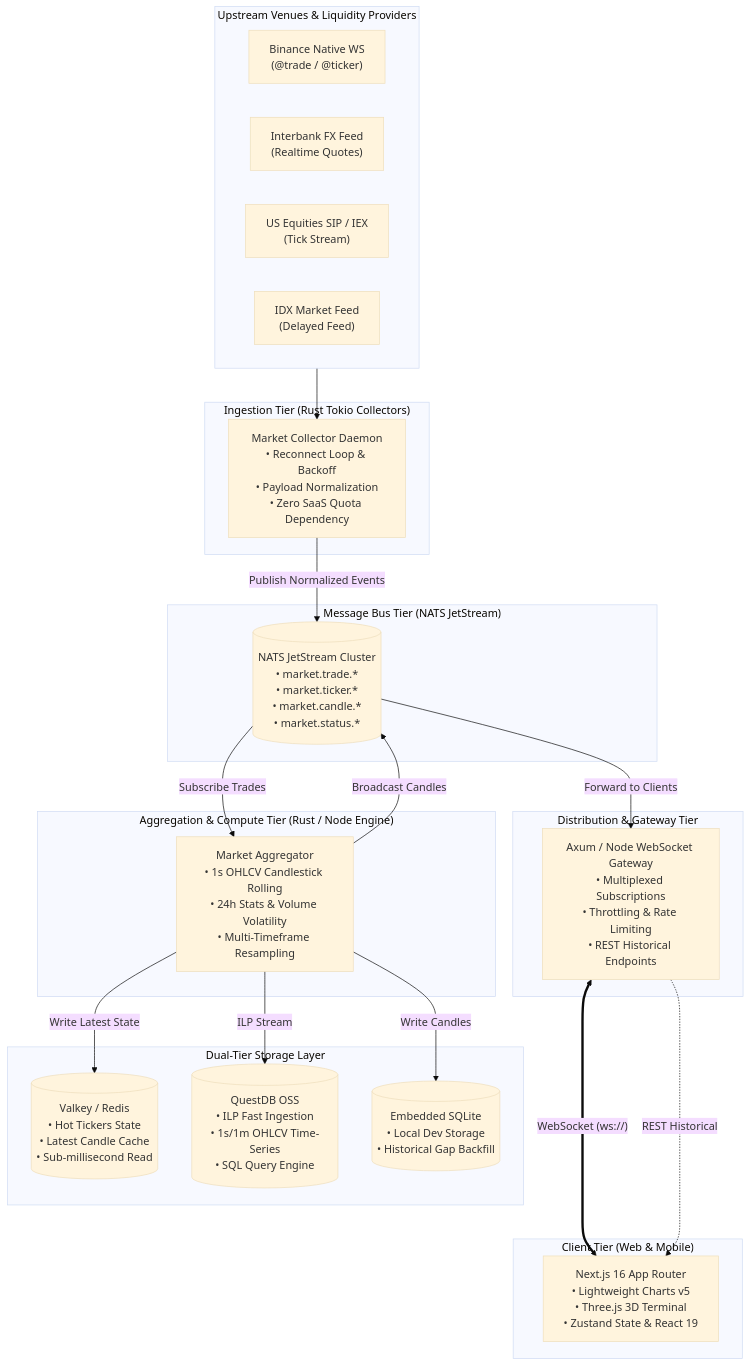
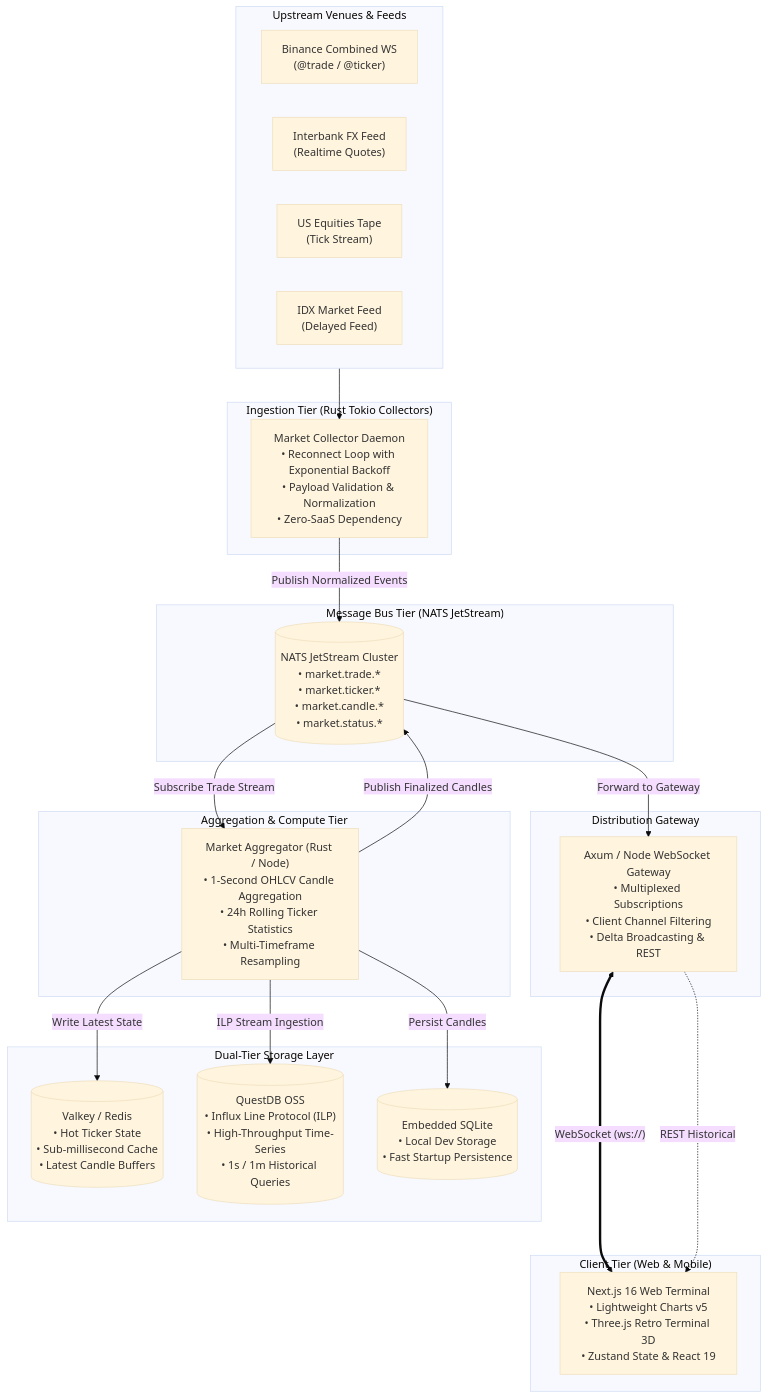
Before and after one commit to jati251/gorengan-index: the diagram in README.md, drawn with Mermaid (base theme). The commit also changed other lines of this file and 1 other file, not shown here.

Commit message:
docs: overhaul README with architecture diagrams and remove legacy mock parody data

````diff
--- a/README.md
+++ b/README.md
@@ -136,46 +146,46 @@
 ```mermaid
 flowchart TD
-    subgraph Upstream["Upstream Venues & Liquidity Providers"]
-        B_WS["Binance Native WS\n(@trade / @ticker)"]
+    subgraph Upstream["Upstream Venues & Feeds"]
+        B_WS["Binance Combined WS\n(@trade / @ticker)"]
         FX_WS["Interbank FX Feed\n(Realtime Quotes)"]
-        US_TAPE["US Equities SIP / IEX\n(Tick Stream)"]
+        US_TAPE["US Equities Tape\n(Tick Stream)"]
         IDX_TAPE["IDX Market Feed\n(Delayed Feed)"]
     end
 
     subgraph Ingestion["Ingestion Tier (Rust Tokio Collectors)"]
-        COL["Market Collector Daemon\n• Reconnect Loop & Backoff\n• Payload Normalization\n• Zero SaaS Quota Dependency"]
+        COL["Market Collector Daemon\n• Reconnect Loop with Exponential Backoff\n• Payload Validation & Normalization\n• Zero-SaaS Dependency"]
     end
 
     subgraph Bus["Message Bus Tier (NATS JetStream)"]
         NATS[("NATS JetStream Cluster\n• market.trade.* \n• market.ticker.* \n• market.candle.* \n• market.status.*")]
     end
 
-    subgraph Processing["Aggregation & Compute Tier (Rust / Node Engine)"]
-        AGG["Market Aggregator\n• 1s OHLCV Candlestick Rolling\n• 24h Stats & Volume Volatility\n• Multi-Timeframe Resampling"]
+    subgraph Processing["Aggregation & Compute Tier"]
+        AGG["Market Aggregator (Rust / Node)\n• 1-Second OHLCV Candle Aggregation\n• 24h Rolling Ticker Statistics\n• Multi-Timeframe Resampling"]
     end
 
     subgraph Storage["Dual-Tier Storage Layer"]
-        VALKEY[("Valkey / Redis\n• Hot Tickers State\n• Latest Candle Cache\n• Sub-millisecond Read")]
-        QUESTDB[("QuestDB OSS\n• ILP Fast Ingestion\n• 1s/1m OHLCV Time-Series\n• SQL Query Engine")]
-        SQLITE[("Embedded SQLite\n• Local Dev Storage\n• Historical Gap Backfill")]
+        VALKEY[("Valkey / Redis\n• Hot Ticker State\n• Sub-millisecond Cache\n• Latest Candle Buffers")]
+        QUESTDB[("QuestDB OSS\n• Influx Line Protocol (ILP)\n• High-Throughput Time-Series\n• 1s / 1m Historical Queries")]
+        SQLITE[("Embedded SQLite\n• Local Dev Storage\n• Fast Startup Persistence")]
     end
 
-    subgraph GatewayTier["Distribution & Gateway Tier"]
-        GW["Axum / Node WebSocket Gateway\n• Multiplexed Subscriptions\n• Throttling & Rate Limiting\n• REST Historical Endpoints"]
+    subgraph GatewayTier["Distribution Gateway"]
+        GW["Axum / Node WebSocket Gateway\n• Multiplexed Subscriptions\n• Client Channel Filtering\n• Delta Broadcasting & REST"]
     end
 
     subgraph ClientTier["Client Tier (Web & Mobile)"]
-        WEB["Next.js 16 App Router\n• Lightweight Charts v5\n• Three.js 3D Terminal\n• Zustand State & React 19"]
+        WEB["Next.js 16 Web Terminal\n• Lightweight Charts v5\n• Three.js Retro Terminal 3D\n• Zustand State & React 19"]
     end
 
     Upstream --> COL
     COL -->|"Publish Normalized Events"| NATS
-    NATS -->|"Subscribe Trades"| AGG
+    NATS -->|"Subscribe Trade Stream"| AGG
     AGG -->|"Write Latest State"| VALKEY
-    AGG -->|"ILP Stream"| QUESTDB
-    AGG -->|"Write Candles"| SQLITE
-    AGG -->|"Broadcast Candles"| NATS
-    NATS -->|"Forward to Clients"| GW
+    AGG -->|"ILP Stream Ingestion"| QUESTDB
+    AGG -->|"Persist Candles"| SQLITE
+    AGG -->|"Publish Finalized Candles"| NATS
+    NATS -->|"Forward to Gateway"| GW
     GW <===>|"WebSocket (ws://)"| WEB
     GW -.->|"REST Historical"| WEB
 ```
````
